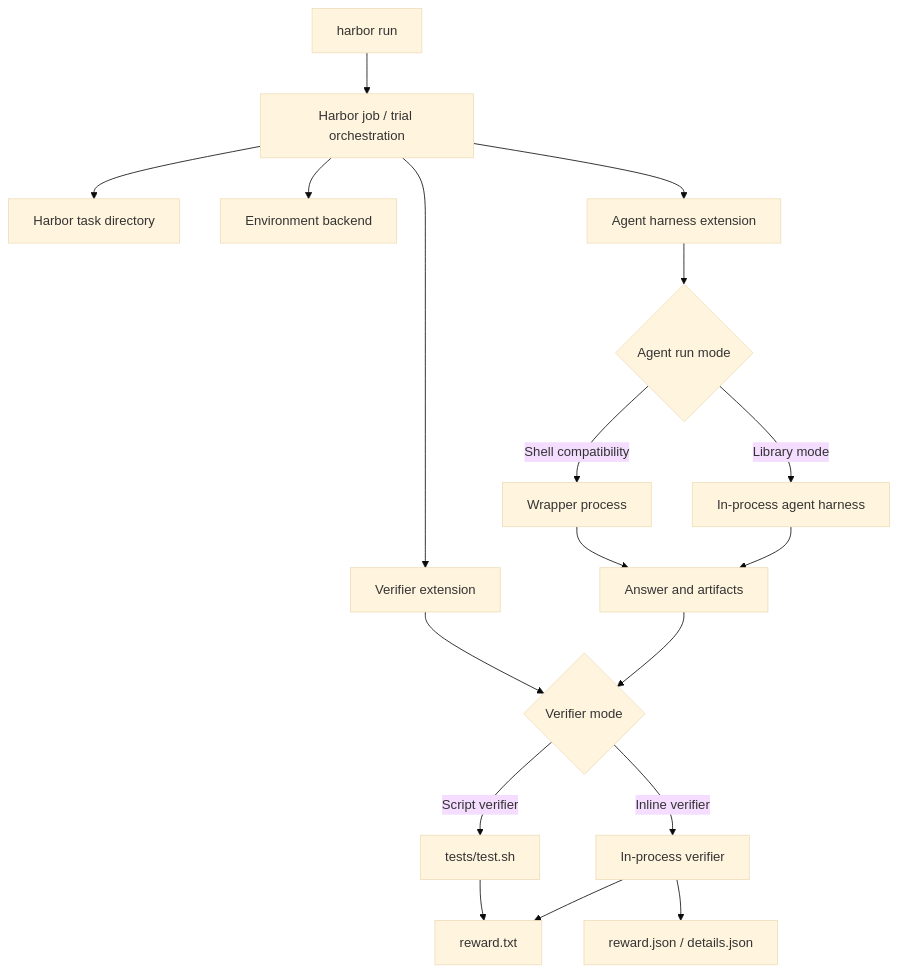
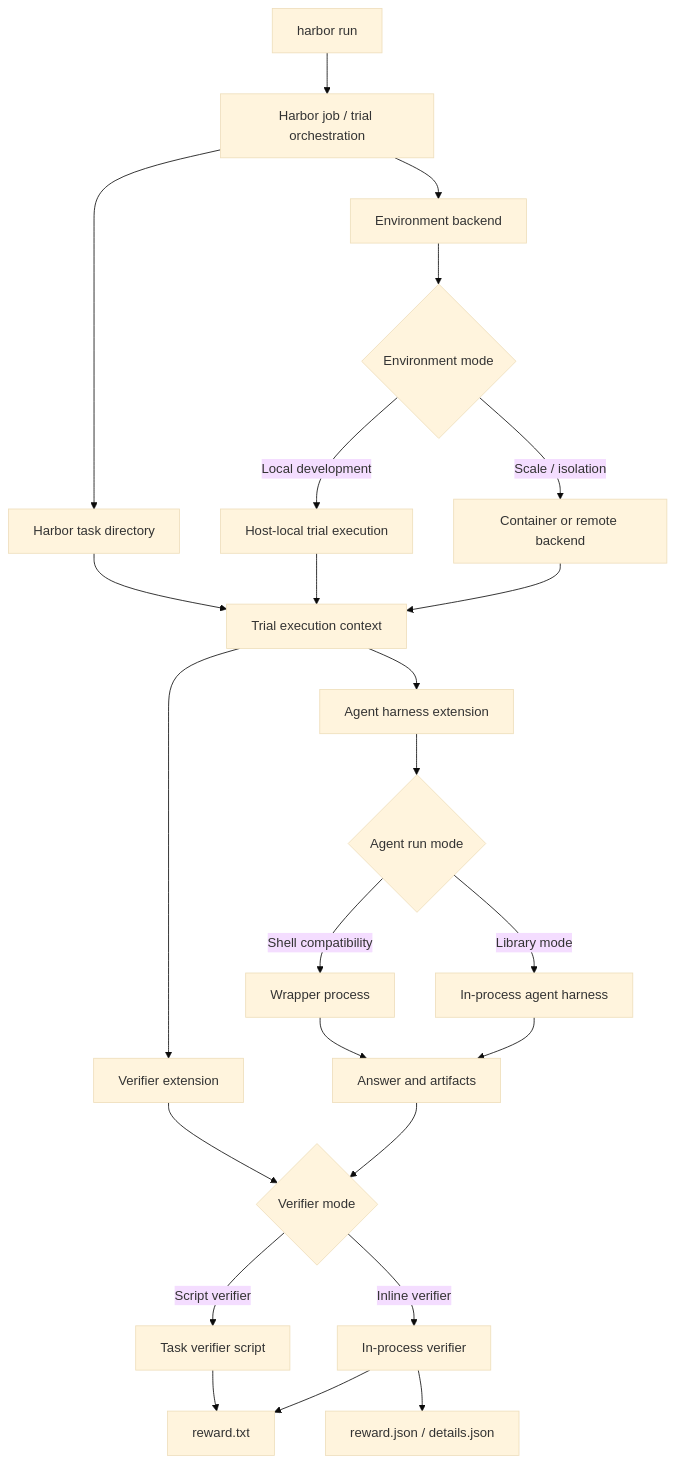
Before and after one commit to NVIDIA/NeMo-Agent-Toolkit: the second of 2 diagrams in packages/nvidia_nat_harbor/harbor-library-mode.md, drawn with Mermaid (base theme). The commit also changed other lines of this file and 1 other file, not shown here.

````diff
--- a/packages/nvidia_nat_harbor/harbor-library-mode.md
+++ b/packages/nvidia_nat_harbor/harbor-library-mode.md
@@ -118,24 +146,33 @@
 ```mermaid
 flowchart TD
   A["harbor run"] --> B["Harbor job / trial orchestration"]
   B --> C["Harbor task directory"]
   B --> D["Environment backend"]
-  B --> E["Agent harness extension"]
-  B --> F["Verifier extension"]
 
-  E --> G{"Agent run mode"}
-  G -- "Shell compatibility" --> H["Wrapper process"]
-  G -- "Library mode" --> I["In-process agent harness"]
+  D --> D1{"Environment mode"}
+  D1 -- "Local development" --> D2["Host-local trial execution"]
+  D1 -- "Scale / isolation" --> D3["Container or remote backend"]
 
-  H --> J["Answer and artifacts"]
-  I --> J
+  C --> E["Trial execution context"]
+  D2 --> E
+  D3 --> E
 
-  F --> K{"Verifier mode"}
+  E --> F["Agent harness extension"]
+  E --> G["Verifier extension"]
+
+  F --> H{"Agent run mode"}
+  H -- "Shell compatibility" --> I["Wrapper process"]
+  H -- "Library mode" --> J["In-process agent harness"]
+
+  I --> K["Answer and artifacts"]
   J --> K
-  K -- "Script verifier" --> L["tests/test.sh"]
-  K -- "Inline verifier" --> M["In-process verifier"]
 
-  L --> N["reward.txt"]
-  M --> N
-  M --> O["reward.json / details.json"]
+  G --> L{"Verifier mode"}
+  K --> L
+  L -- "Script verifier" --> M["Task verifier script"]
+  L -- "Inline verifier" --> N["In-process verifier"]
+
+  M --> O["reward.txt"]
+  N --> O
+  N --> P["reward.json / details.json"]
 ```
````
